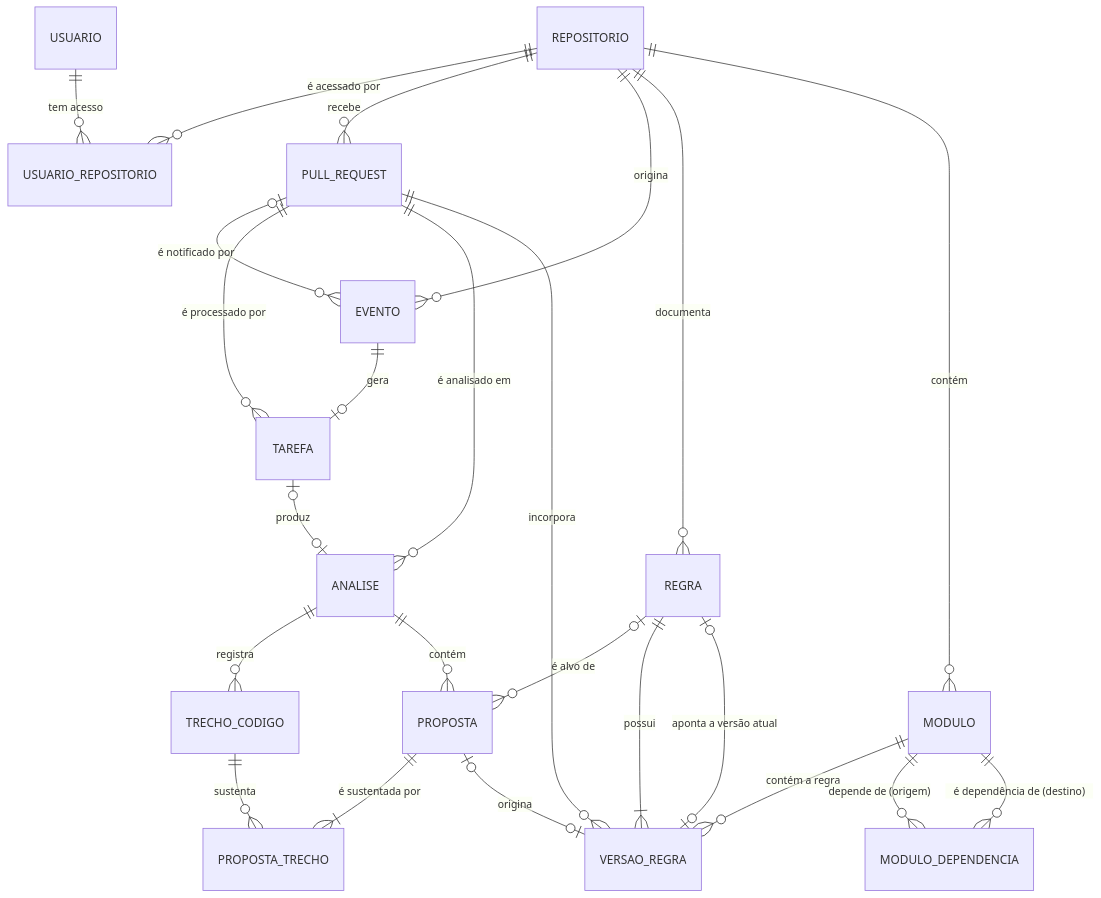
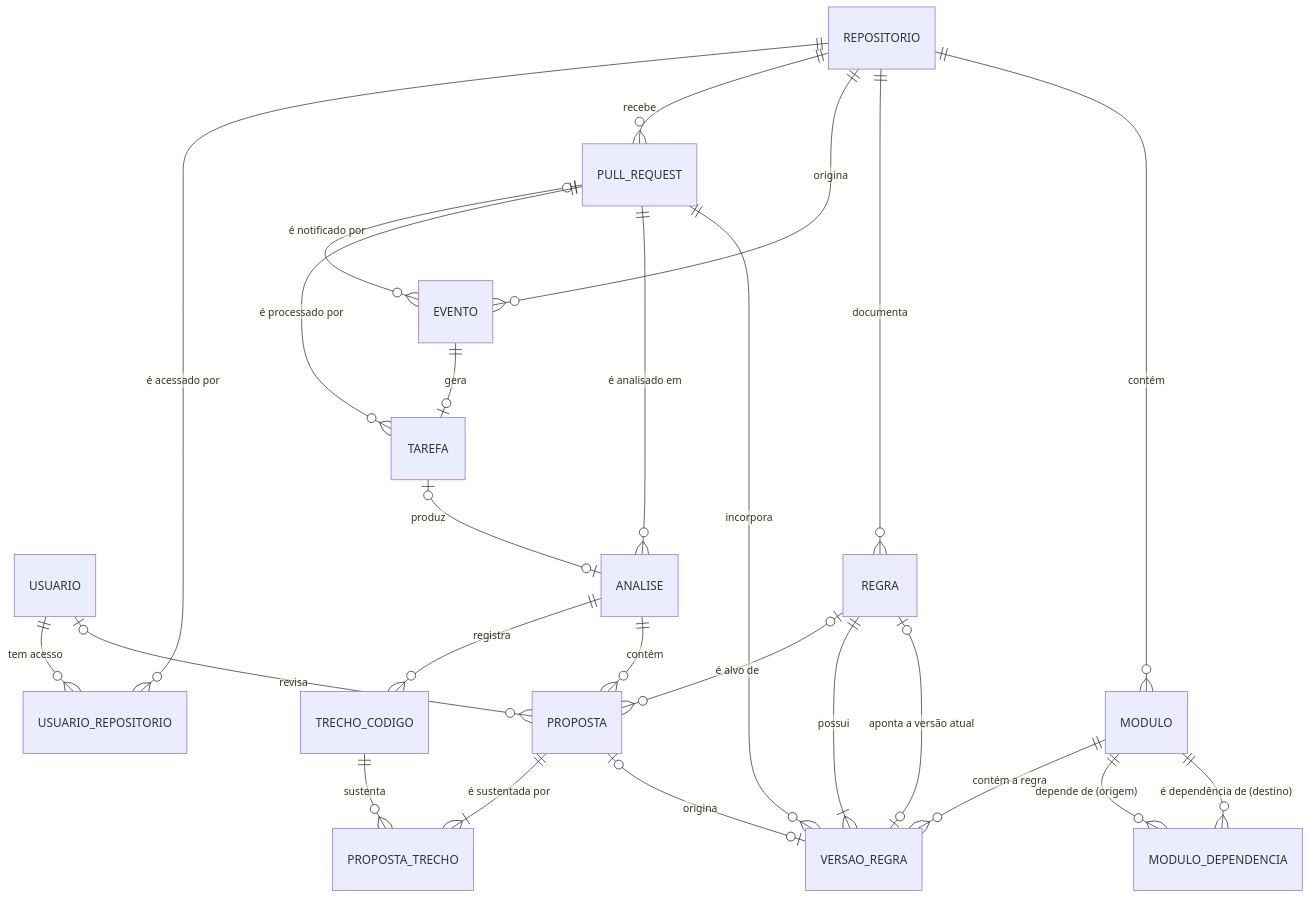
One commit to marleypm16/tcc changed the second of 2 diagrams in docs/arquitetura-tcc.md. Above: the diagram before and after it, drawn with Mermaid. The commit also changed other lines of this file and 82 other files, not shown here.

````diff
--- a/docs/arquitetura-tcc.md
+++ b/docs/arquitetura-tcc.md
@@ -374,26 +387,27 @@
 ```mermaid
 erDiagram
     USUARIO ||--o{ USUARIO_REPOSITORIO : "tem acesso"
     REPOSITORIO ||--o{ USUARIO_REPOSITORIO : "é acessado por"
+    USUARIO |o--o{ PROPOSTA : "revisa"
     REPOSITORIO ||--o{ PULL_REQUEST : "recebe"
     REPOSITORIO ||--o{ EVENTO : "origina"
     PULL_REQUEST |o--o{ EVENTO : "é notificado por"
     EVENTO ||--o| TAREFA : "gera"
     PULL_REQUEST ||--o{ TAREFA : "é processado por"
     PULL_REQUEST ||--o{ ANALISE : "é analisado em"
     TAREFA |o--o| ANALISE : "produz"
     ANALISE ||--o{ TRECHO_CODIGO : "registra"
     ANALISE ||--o{ PROPOSTA : "contém"
     PROPOSTA ||--|{ PROPOSTA_TRECHO : "é sustentada por"
     TRECHO_CODIGO ||--o{ PROPOSTA_TRECHO : "sustenta"
     REGRA |o--o{ PROPOSTA : "é alvo de"
     REPOSITORIO ||--o{ REGRA : "documenta"
     REGRA ||--|{ VERSAO_REGRA : "possui"
     REGRA |o--o| VERSAO_REGRA : "aponta a versão atual"
     PULL_REQUEST ||--o{ VERSAO_REGRA : "incorpora"
     PROPOSTA |o--o| VERSAO_REGRA : "origina"
     MODULO ||--o{ VERSAO_REGRA : "contém a regra"
     REPOSITORIO ||--o{ MODULO : "contém"
     MODULO ||--o{ MODULO_DEPENDENCIA : "depende de (origem)"
     MODULO ||--o{ MODULO_DEPENDENCIA : "é dependência de (destino)"
 ```
````
